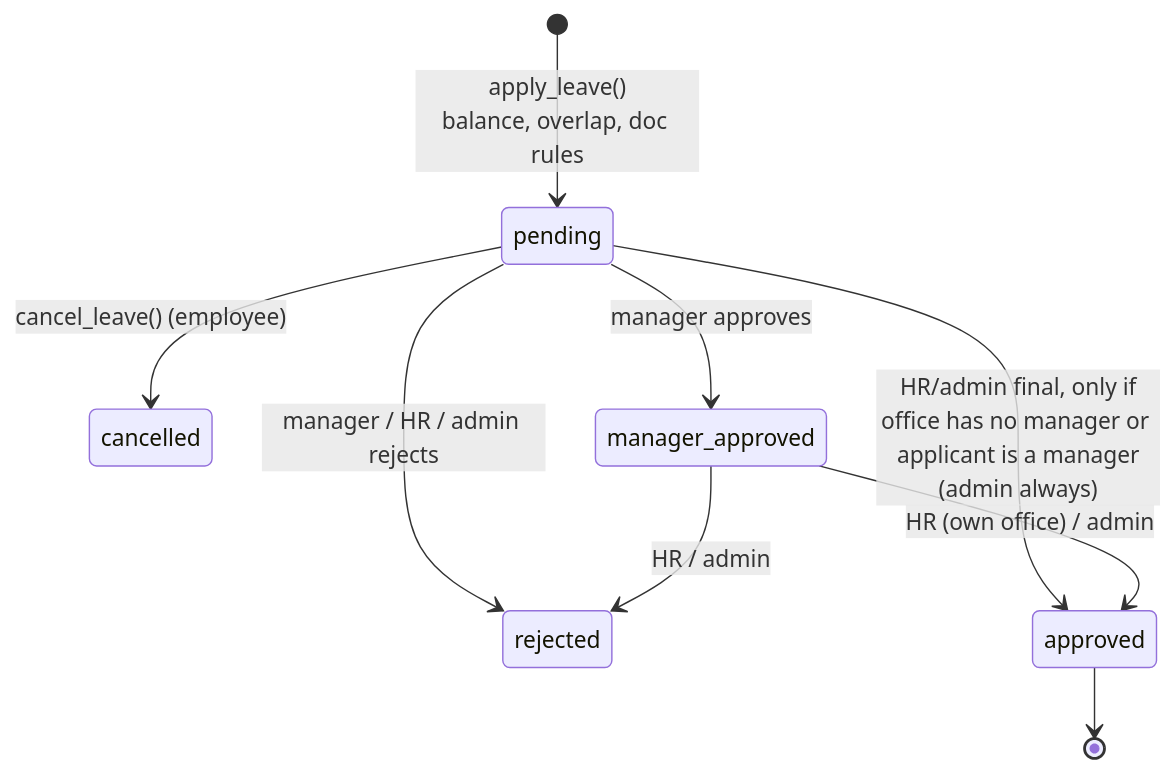
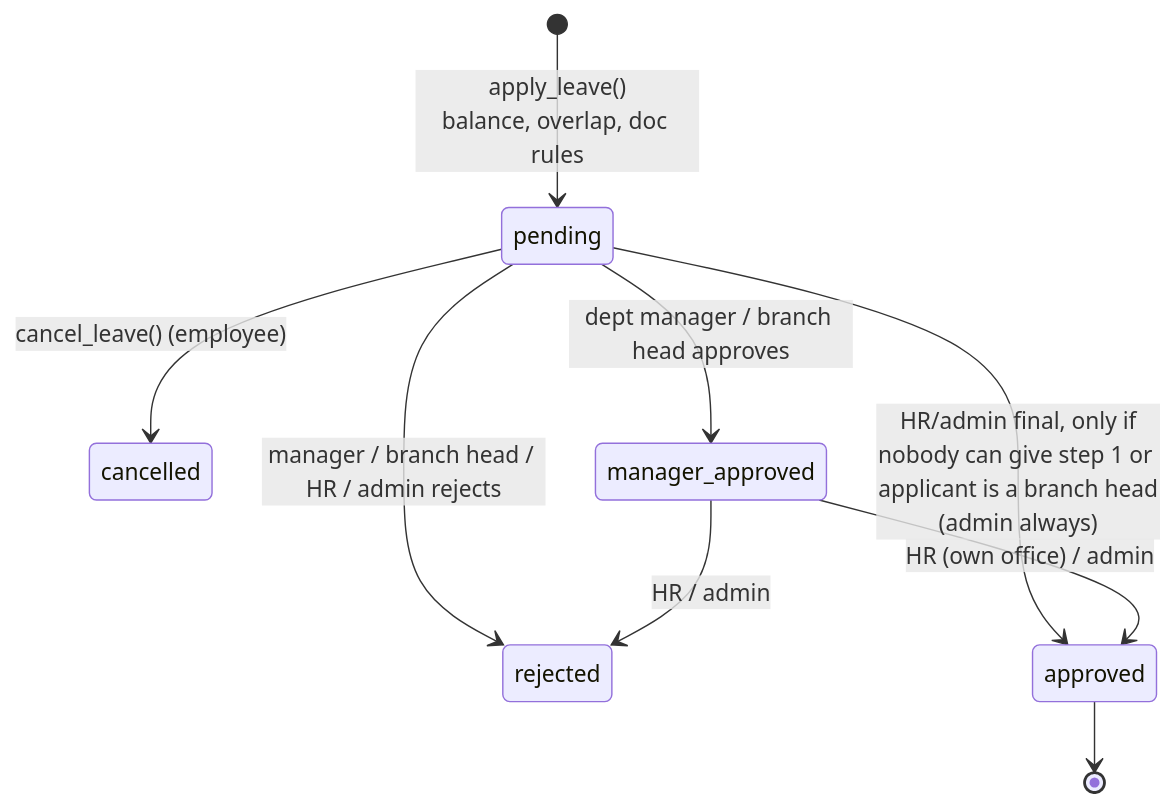
Before and after one commit to ashutoshswamy/openbox-ventures-panel: the fifth of 12 diagrams in architecture.md, drawn with Mermaid. The commit also changed other lines of this file and 20 other files, not shown here.

Commit message:
added branch head and updated bank details features 🚀

````diff
--- a/architecture.md
+++ b/architecture.md
@@ -103,11 +104,11 @@
 ```mermaid
 stateDiagram-v2
   [*] --> pending: apply_leave()<br/>balance, overlap, doc rules
   pending --> cancelled: cancel_leave() (employee)
-  pending --> manager_approved: manager approves
-  pending --> rejected: manager / HR / admin rejects
-  pending --> approved: HR/admin final, only if<br/>office has no manager or applicant is a manager<br/>(admin always)
+  pending --> manager_approved: dept manager / branch head approves
+  pending --> rejected: manager / branch head / HR / admin rejects
+  pending --> approved: HR/admin final, only if<br/>nobody can give step 1 or applicant is a branch head<br/>(admin always)
   manager_approved --> approved: HR (own office) / admin
   manager_approved --> rejected: HR / admin
   approved --> [*]
 ```
````
